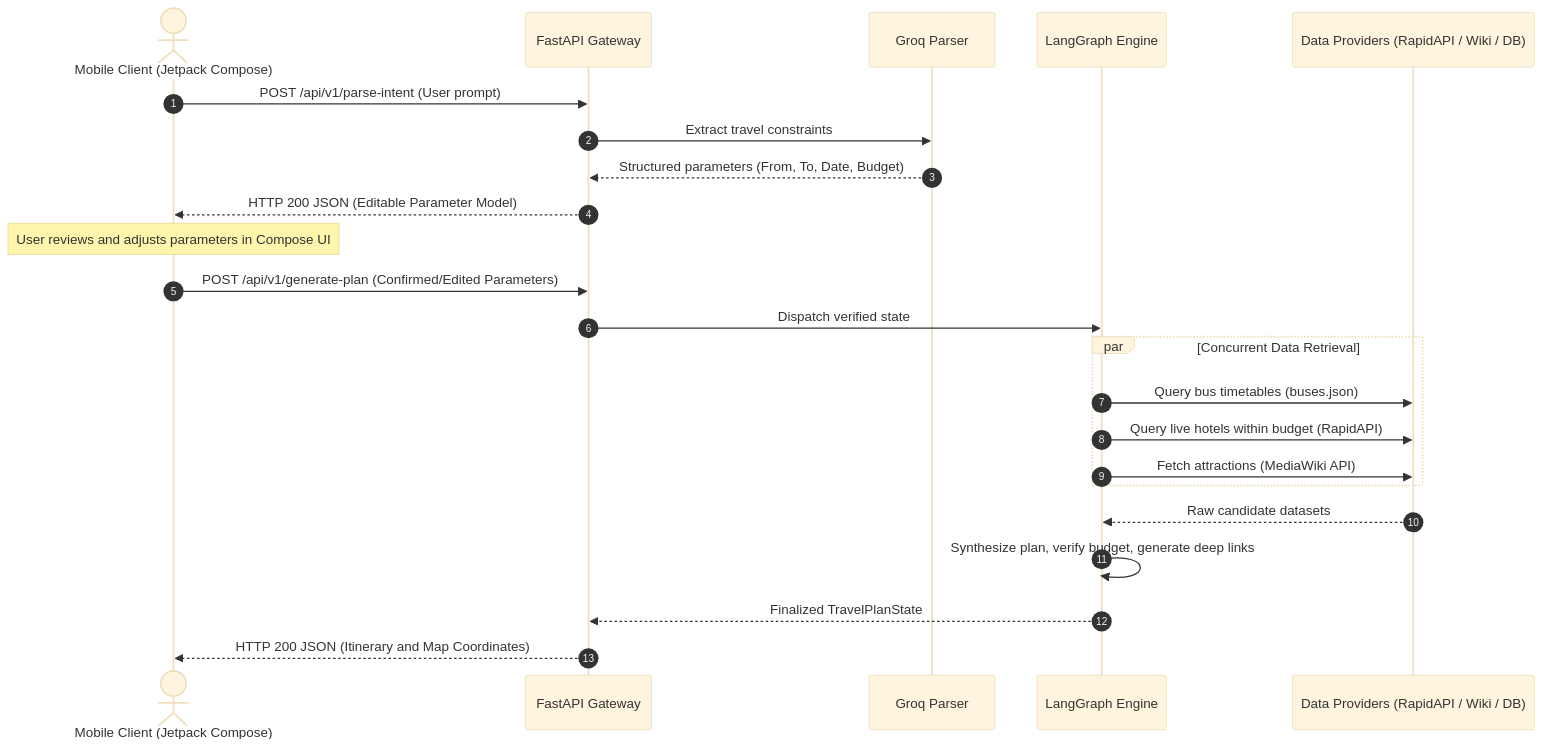
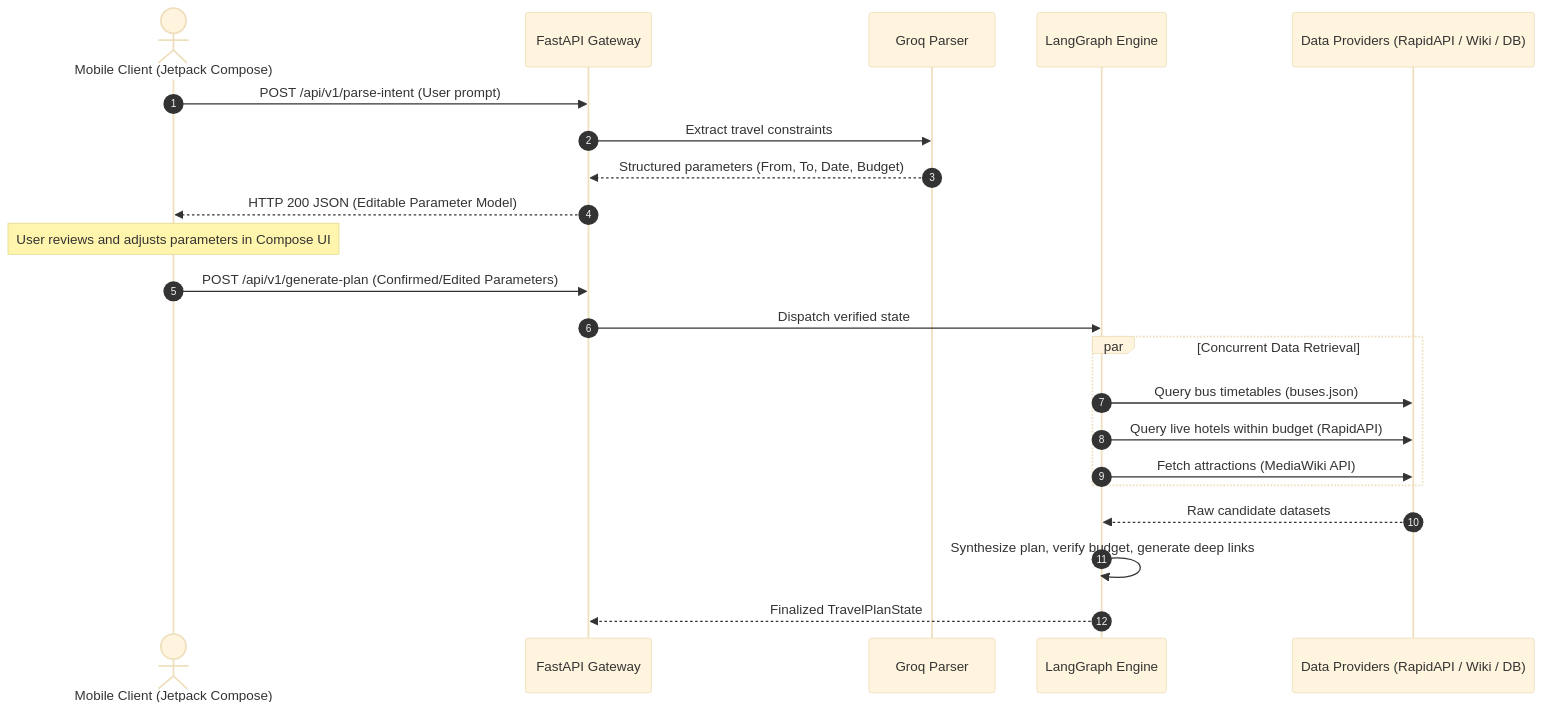
The diagram in README.md (JakkaMadhu/Agentic-AI-in-Travel-Technology), drawn with Mermaid (base theme) before and after one commit. The commit also changed other lines of this file and 18 other files, not shown here.

````diff
--- a/README.md
+++ b/README.md
@@ -54,33 +54,32 @@
 ```mermaid
 sequenceDiagram
     autonumber
     actor Client as Mobile Client (Jetpack Compose)
     participant API as FastAPI Gateway
     participant LLM as Groq Parser
     participant Orchestrator as LangGraph Engine
     participant Providers as Data Providers (RapidAPI / Wiki / DB)
 
     %% Phase 1: Intent Extraction and Parameter Verification
     Client->>API: POST /api/v1/parse-intent (User prompt)
     API->>LLM: Extract travel constraints
     LLM-->>API: Structured parameters (From, To, Date, Budget)
     API-->>Client: HTTP 200 JSON (Editable Parameter Model)
 
     %% User Interaction in Mobile UI
     Note over Client: User reviews and adjusts parameters in Compose UI
 
     %% Phase 2: Verified Execution and Synthesis
     Client->>API: POST /api/v1/generate-plan (Confirmed/Edited Parameters)
     API->>Orchestrator: Dispatch verified state
     
     par Concurrent Data Retrieval
         Orchestrator->>Providers: Query bus timetables (buses.json)
         Orchestrator->>Providers: Query live hotels within budget (RapidAPI)
         Orchestrator->>Providers: Fetch attractions (MediaWiki API)
     end
     Providers-->>Orchestrator: Raw candidate datasets
     
     Orchestrator->>Orchestrator: Synthesize plan, verify budget, generate deep links
     Orchestrator-->>API: Finalized TravelPlanState
-    API-->>Client: HTTP 200 JSON (Itinerary and Map Coordinates)
 ```
````
